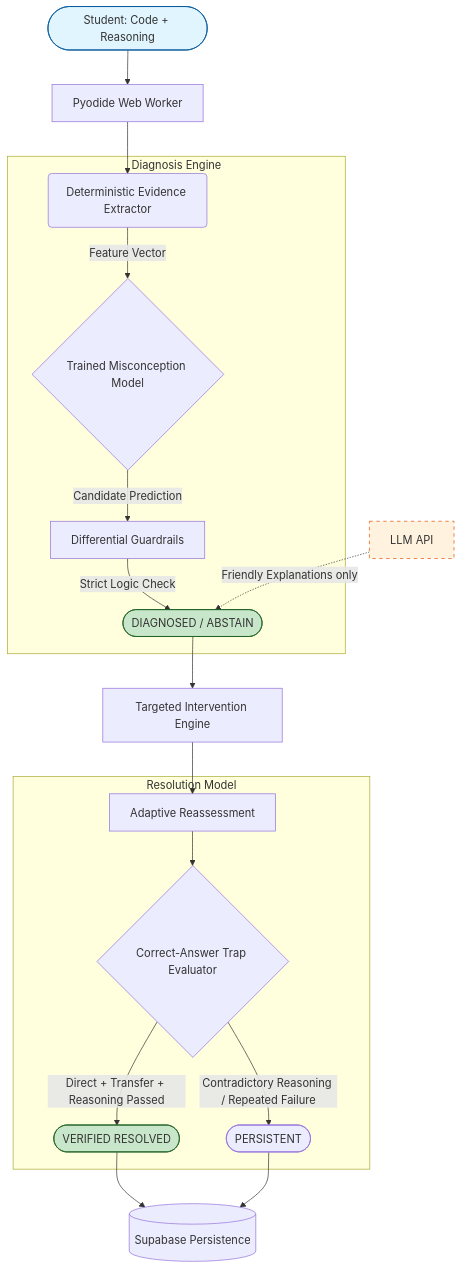
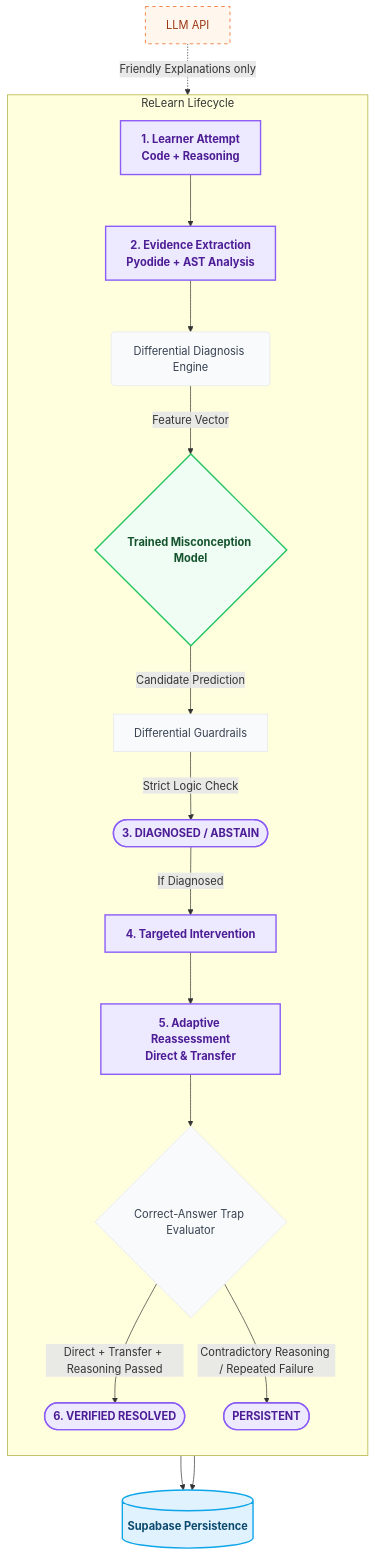
The diagram in README.md (manasshete/DAM_maharashtra_round), drawn with Mermaid before and after one commit. The commit also changed other lines of this file, not shown here.

Commit message:
docs: update README with Phase 3 UI changes and model accuracy metrics

````diff
--- a/README.md
+++ b/README.md
@@ -14,30 +14,34 @@
 ```mermaid
 flowchart TD
-    A([Student: Code + Reasoning]) --> B[Pyodide Web Worker]
-    B --> C(Deterministic Evidence Extractor)
-    
-    subgraph Diagnosis Engine
-        C -->|Feature Vector| D{Trained Misconception Model}
+    %% Define Styles
+    classDef default fill:#f9fafb,stroke:#e5e7eb,stroke-width:1px,color:#374151
+    classDef stage fill:#ede9fe,stroke:#8b5cf6,stroke-width:2px,color:#4c1d95,font-weight:bold
+    classDef model fill:#f0fdf4,stroke:#22c55e,stroke-width:2px,color:#14532d,font-weight:bold
+    classDef persistent fill:#e0f2fe,stroke:#0ea5e9,stroke-width:2px,color:#0c4a6e,font-weight:bold
+
+    subgraph ReLearn Lifecycle
+        direction TB
+        
+        A[1. Learner Attempt<br/>Code + Reasoning]:::stage --> B[2. Evidence Extraction<br/>Pyodide + AST Analysis]:::stage
+        
+        B --> C(Differential Diagnosis Engine)
+        
+        C -->|Feature Vector| D{Trained Misconception Model}:::model
         D -->|Candidate Prediction| E[Differential Guardrails]
-        E -->|Strict Logic Check| F([DIAGNOSED / ABSTAIN])
+        E -->|Strict Logic Check| F([3. DIAGNOSED / ABSTAIN]):::stage
+        
+        F -->|If Diagnosed| G[4. Targeted Intervention]:::stage
+        G --> H[5. Adaptive Reassessment<br/>Direct & Transfer]:::stage
+        
+        H --> I{Correct-Answer Trap Evaluator}
+        I -->|Direct + Transfer + Reasoning Passed| J([6. VERIFIED RESOLVED]):::stage
+        I -->|Contradictory Reasoning / Repeated Failure| K([PERSISTENT]):::stage
     end
     
-    F --> G[Targeted Intervention Engine]
-    G --> H[Adaptive Reassessment]
-    
-    subgraph Resolution Model
-        H --> I{Correct-Answer Trap Evaluator}
-        I -->|Direct + Transfer + Reasoning Passed| J([VERIFIED RESOLVED])
-        I -->|Contradictory Reasoning / Repeated Failure| K([PERSISTENT])
-    end
-    
-    J --> L[(Supabase Persistence)]
+    J --> L[(Supabase Persistence)]:::persistent
     K --> L
     
     LLM[LLM API] -.->|Friendly Explanations only| F
     
-    style A fill:#e1f5fe,stroke:#01579b
-    style F fill:#c8e6c9,stroke:#1b5e20
-    style J fill:#c8e6c9,stroke:#1b5e20
-    style LLM fill:#fff3e0,stroke:#e65100,stroke-dasharray: 5 5
+    style LLM fill:#fff7ed,stroke:#ea580c,stroke-dasharray: 5 5,color:#9a3412
 ```
````
